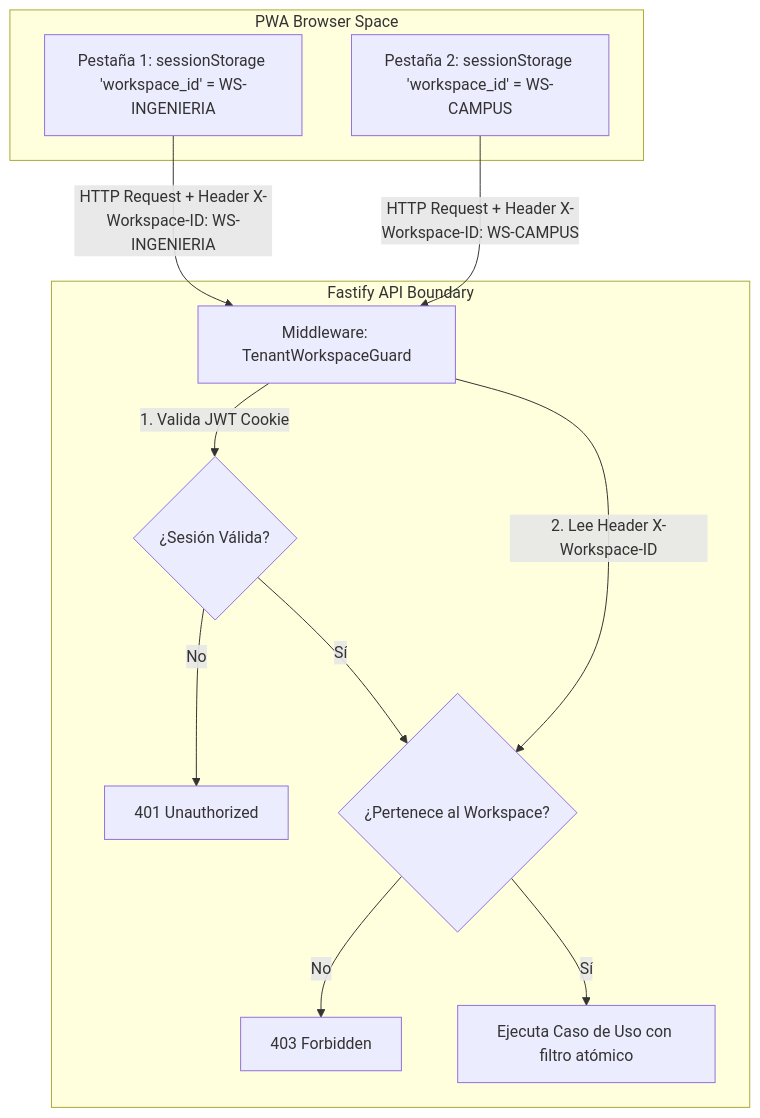
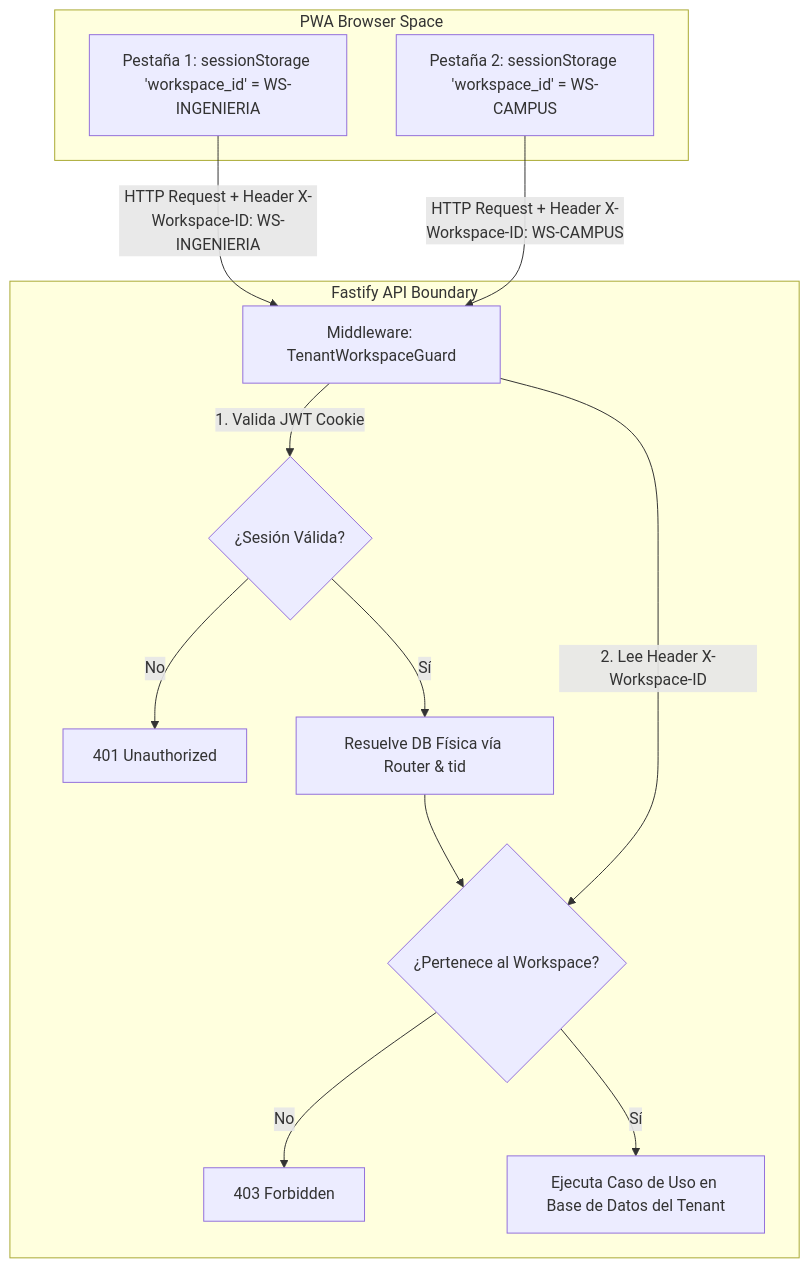
Before and after one commit to Juanc0/vozlab: the second of 3 diagrams in docs/system/04_autenticacion_y_multitenancy.md, drawn with Mermaid. The commit also changed other lines of this file and 1 other file, not shown here.

````diff
--- a/docs/system/04_autenticacion_y_multitenancy.md
+++ b/docs/system/04_autenticacion_y_multitenancy.md
@@ -66,21 +65,22 @@
 ```mermaid
 flowchart TD
     subgraph PWA Browser Space
         P1[Pestaña 1: sessionStorage 'workspace_id' = WS-INGENIERIA]
         P2[Pestaña 2: sessionStorage 'workspace_id' = WS-CAMPUS]
     end
 
     subgraph Fastify API Boundary
         MW[Middleware: TenantWorkspaceGuard]
         MW -->|1. Valida JWT Cookie| AuthCheck{¿Sesión Válida?}
         AuthCheck -->|No| R1[401 Unauthorized]
-        AuthCheck -->|Sí| WSCheck{¿Pertenece al Workspace?}
+        AuthCheck -->|Sí| TenantResolve[Resuelve DB Física vía Router & tid]
+        TenantResolve --> WSCheck{¿Pertenece al Workspace?}
         MW -->|2. Lee Header X-Workspace-ID| WSCheck
         WSCheck -->|No| R2[403 Forbidden]
-        WSCheck -->|Sí| Exec[Ejecuta Caso de Uso con filtro atómico]
+        WSCheck -->|Sí| Exec[Ejecuta Caso de Uso en Base de Datos del Tenant]
     end
 
     P1 -->|HTTP Request + Header X-Workspace-ID: WS-INGENIERIA| MW
     P2 -->|HTTP Request + Header X-Workspace-ID: WS-CAMPUS| MW
 
 ```
````
